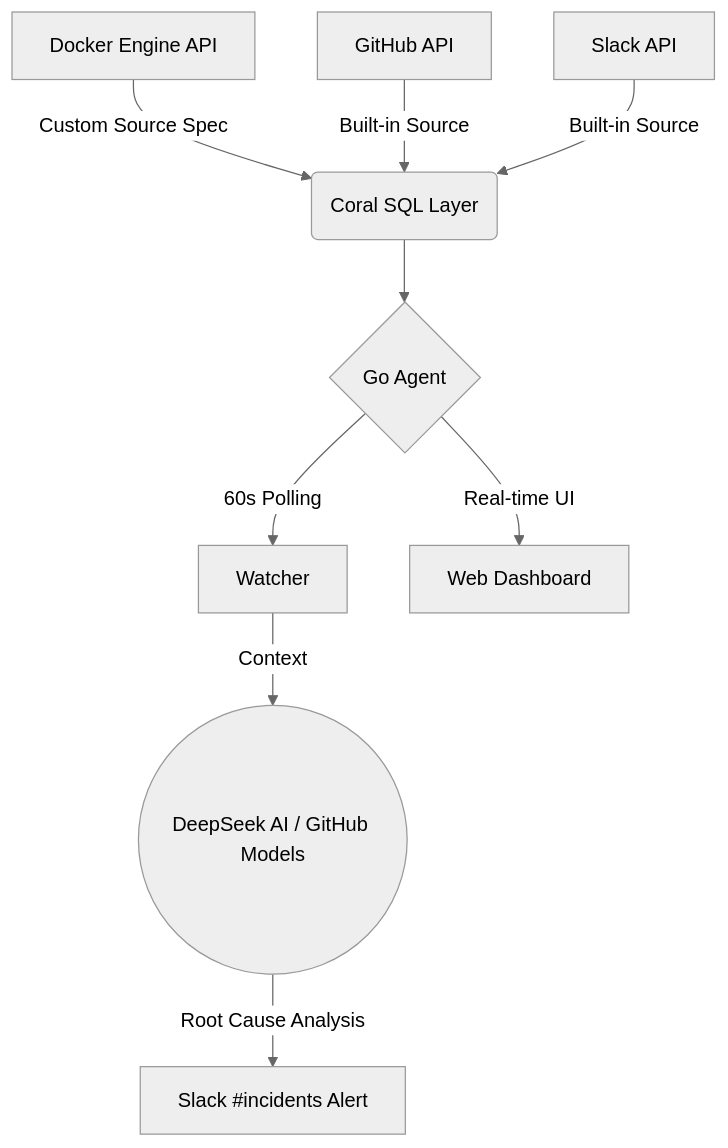
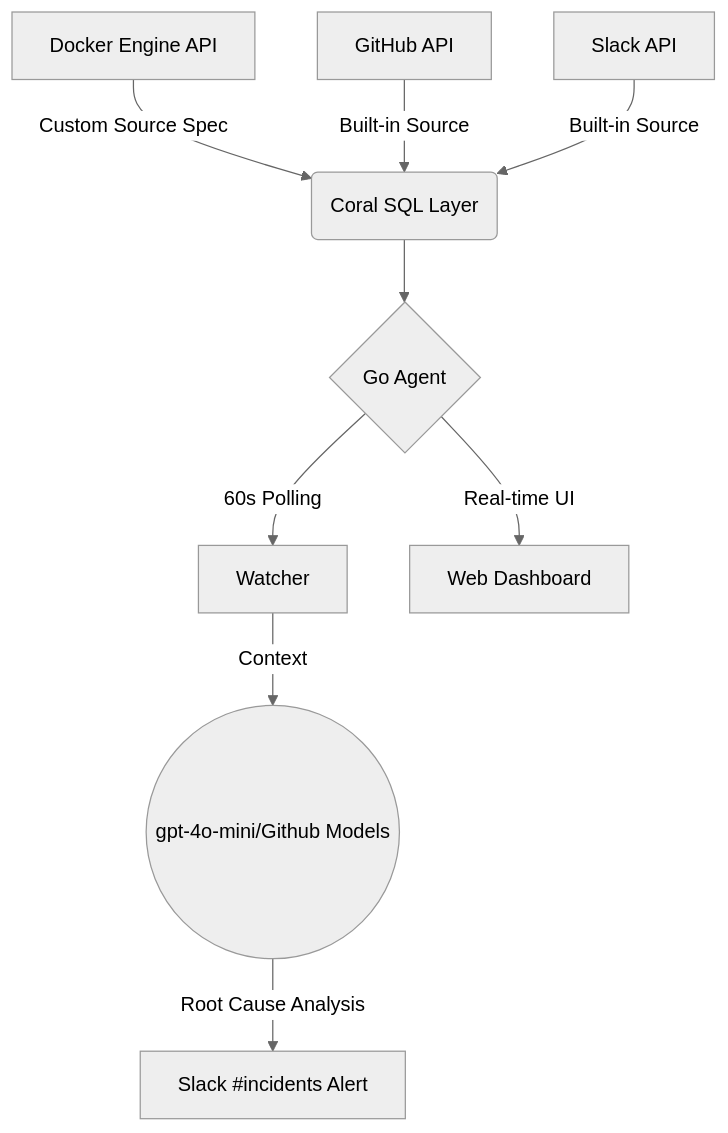
One commit to ghosthouse7/CORAL-WATCHDOG changed the diagram in README.md. Above: the diagram before and after it, drawn with Mermaid (neutral theme).

Commit message:
Update model reference in README

````diff
--- a/README.md
+++ b/README.md
@@ -101,15 +101,15 @@
 ```mermaid
 graph TD;
     A[Docker Engine API] -->|Custom Source Spec| D(Coral SQL Layer);
     B[GitHub API] -->|Built-in Source| D;
     C[Slack API] -->|Built-in Source| D;
     
     D --> E{Go Agent};
     
     E -->|60s Polling| F[Watcher];
     E -->|Real-time UI| G[Web Dashboard];
     
-    F -->|Context| H((DeepSeek AI / GitHub Models));
+    F -->|Context| H((gpt-4o-mini/Github Models));
     H -->|Root Cause Analysis| I[Slack #incidents Alert];
 
 ```
````
